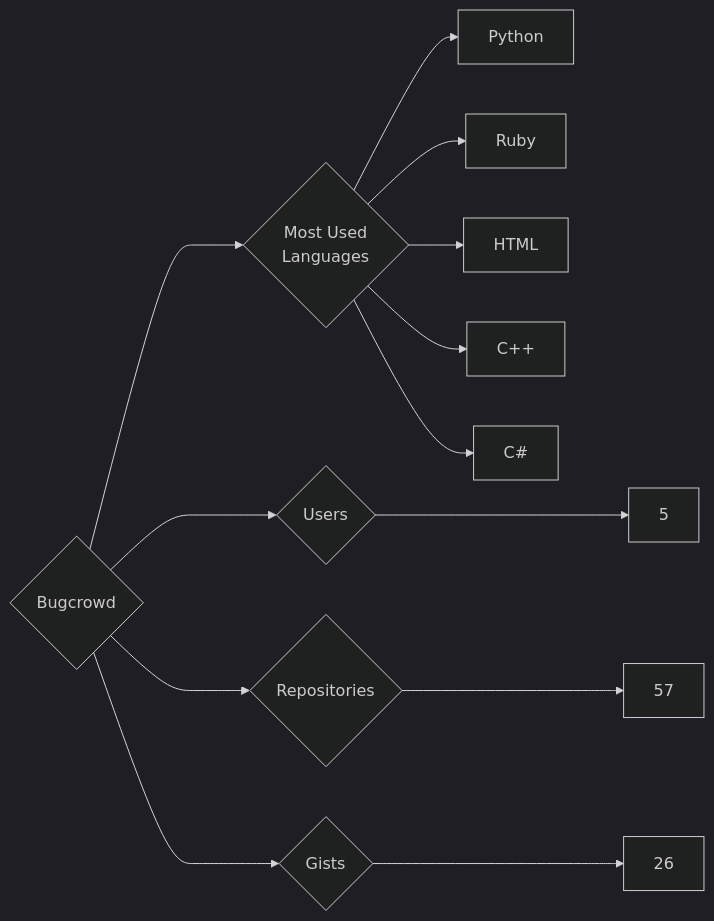
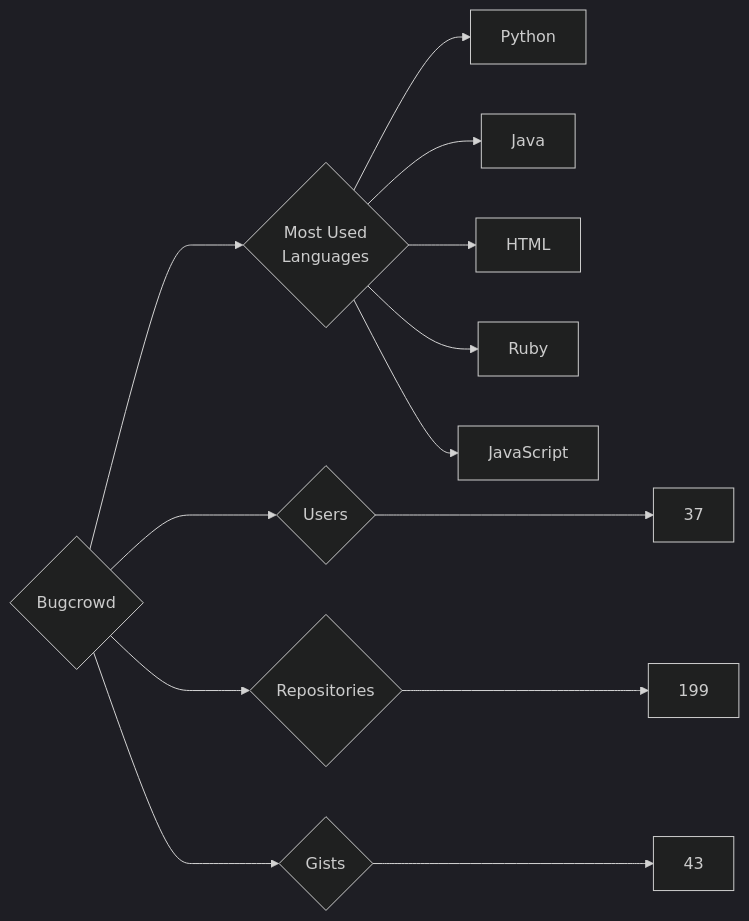
Before and after one commit to trickest/insiders: the diagram in targets/Bugcrowd/README.md, drawn with Mermaid (dark theme). The commit also changed 916 other files, not shown here.

````diff
--- a/targets/Bugcrowd/README.md
+++ b/targets/Bugcrowd/README.md
@@ -3,13 +3,13 @@
 ```mermaid
 graph LR
 COMPANY_NAME{Bugcrowd}
-COMPANY_NAME ---> U{Users} ---> UN[5]
-COMPANY_NAME ---> R{Repositories} ---> RN[57]
-COMPANY_NAME ---> G{Gists} ---> GN[26]
+COMPANY_NAME ---> U{Users} ---> UN[37]
+COMPANY_NAME ---> R{Repositories} ---> RN[199]
+COMPANY_NAME ---> G{Gists} ---> GN[43]
 COMPANY_NAME ---> ML{Most Used<br>Languages}
 ML --> Python[Python]
+ML --> Java[Java]
+ML --> HTML[HTML]
 ML --> Ruby[Ruby]
-ML --> HTML[HTML]
-ML --> C++[C++]
-ML --> C#[C#]
+ML --> JavaScript[JavaScript]
 ```
````
